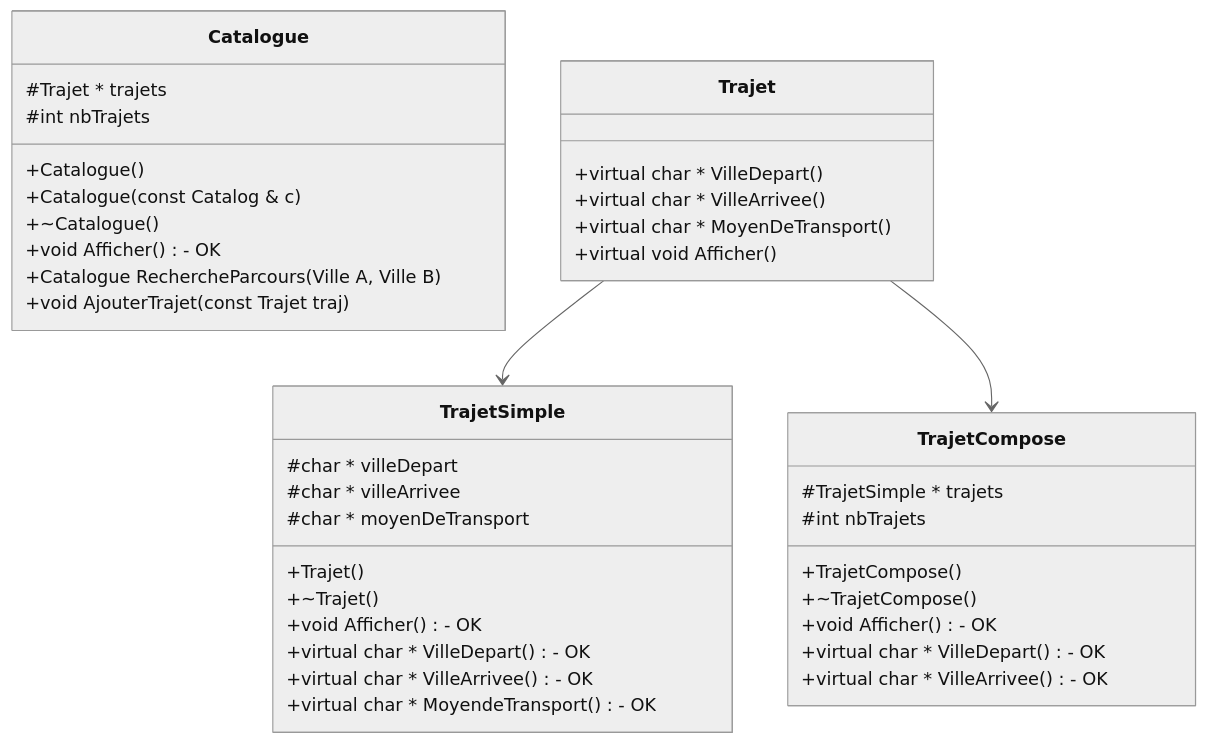
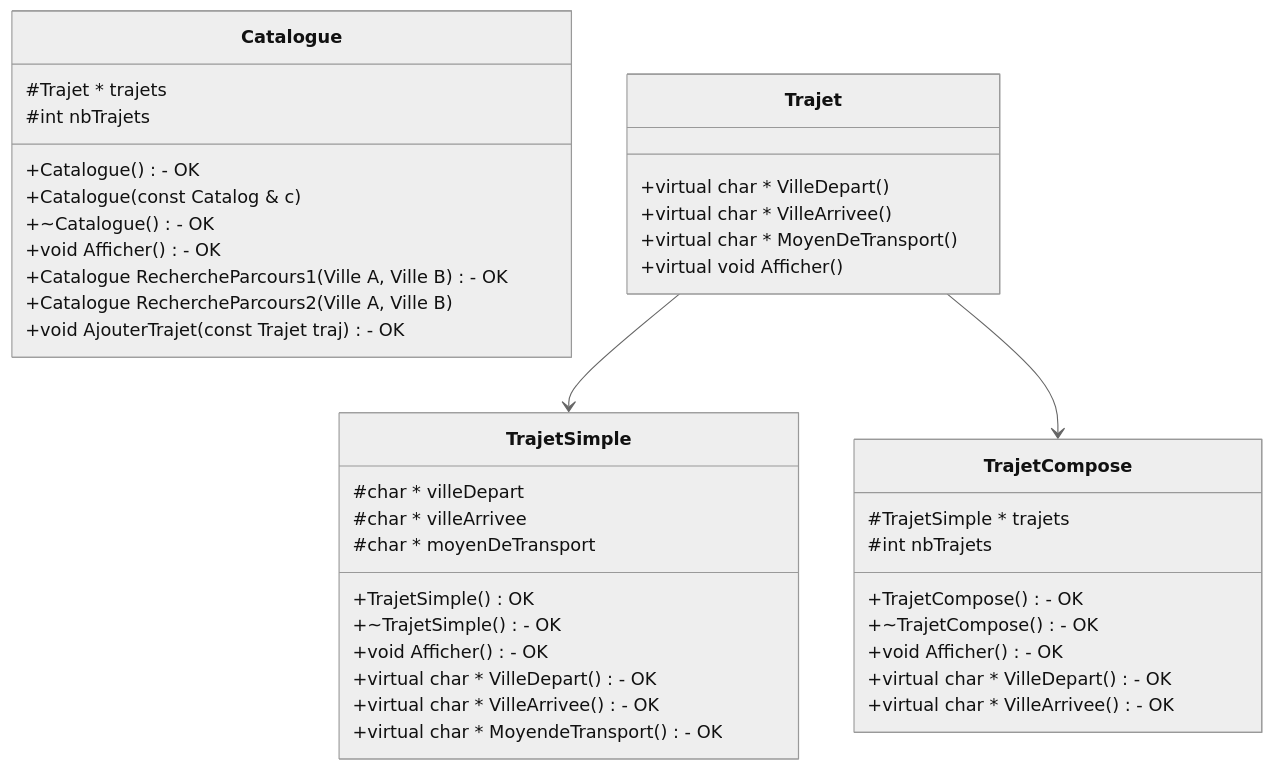
One commit to hugo-b-r/CPP-TP2 changed the third of 3 diagrams in README.md. Above: the diagram before and after it, drawn with Mermaid (neutral theme). The commit also changed 24 other files, not shown here.

````diff
--- a/README.md
+++ b/README.md
@@ -67,52 +67,53 @@
 ```mermaid
 
 classDiagram
     class Catalogue {
         #Trajet * trajets
         #int nbTrajets
         
-        +Catalogue()
+        +Catalogue() - OK
         +Catalogue(const Catalog & c)
-        +~Catalogue()
+        +~Catalogue() - OK
         +void Afficher() - OK
-        +Catalogue RechercheParcours(Ville A, Ville B)
-        +void AjouterTrajet(const Trajet traj)
+        +Catalogue RechercheParcours1(Ville A, Ville B) - OK
+        +Catalogue RechercheParcours2(Ville A, Ville B)
+        +void AjouterTrajet(const Trajet traj) - OK
     }
 
     class Trajet {
         +virtual char * VilleDepart()
         +virtual char * VilleArrivee()
         +virtual char * MoyenDeTransport()
         +virtual void Afficher()
     }
 
     
     class TrajetSimple {
         #char * villeDepart
         #char * villeArrivee
         #char * moyenDeTransport
 
-        +Trajet()
-        +~Trajet()
+        +TrajetSimple()  OK
+        +~TrajetSimple() - OK
         +void Afficher() - OK
 
         +virtual char * VilleDepart() - OK
         +virtual char * VilleArrivee() - OK
         +virtual char * MoyendeTransport() - OK
     }
     Trajet-->TrajetSimple
     
     class TrajetCompose {
         #TrajetSimple * trajets
         #int nbTrajets
 
-        +TrajetCompose()
-        +~TrajetCompose()
+        +TrajetCompose() - OK
+        +~TrajetCompose() - OK
         +void Afficher() - OK
         +virtual char * VilleDepart() - OK
         +virtual char * VilleArrivee() - OK
     }
     Trajet-->TrajetCompose
 
 
 ```
````
